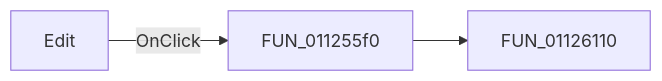
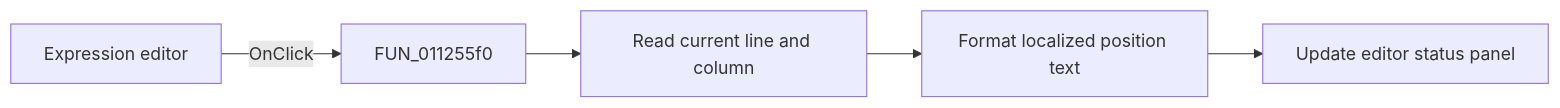
Before and after one commit to MovGP0/TIARA: the diagram in docs/ui-controls/signaleditordlg/edit-403a02532a.md, drawn with Mermaid. The commit also changed other lines of this file and 1062 other files, not shown here.

````diff
--- a/docs/ui-controls/signaleditordlg/edit-403a02532a.md
+++ b/docs/ui-controls/signaleditordlg/edit-403a02532a.md
@@ -27,5 +31,7 @@
 ```mermaid
 flowchart LR
-    control["Edit"] -->|OnClick| handler["FUN_011255f0"]
-    handler --> call1["FUN_01126110"]
+    control["Expression editor"] -->|"OnClick"| handler["FUN_011255f0"]
+    handler --> position["Read current line and column"]
+    position --> format["Format localized position text"]
+    format --> status["Update editor status panel"]
 ```
````
